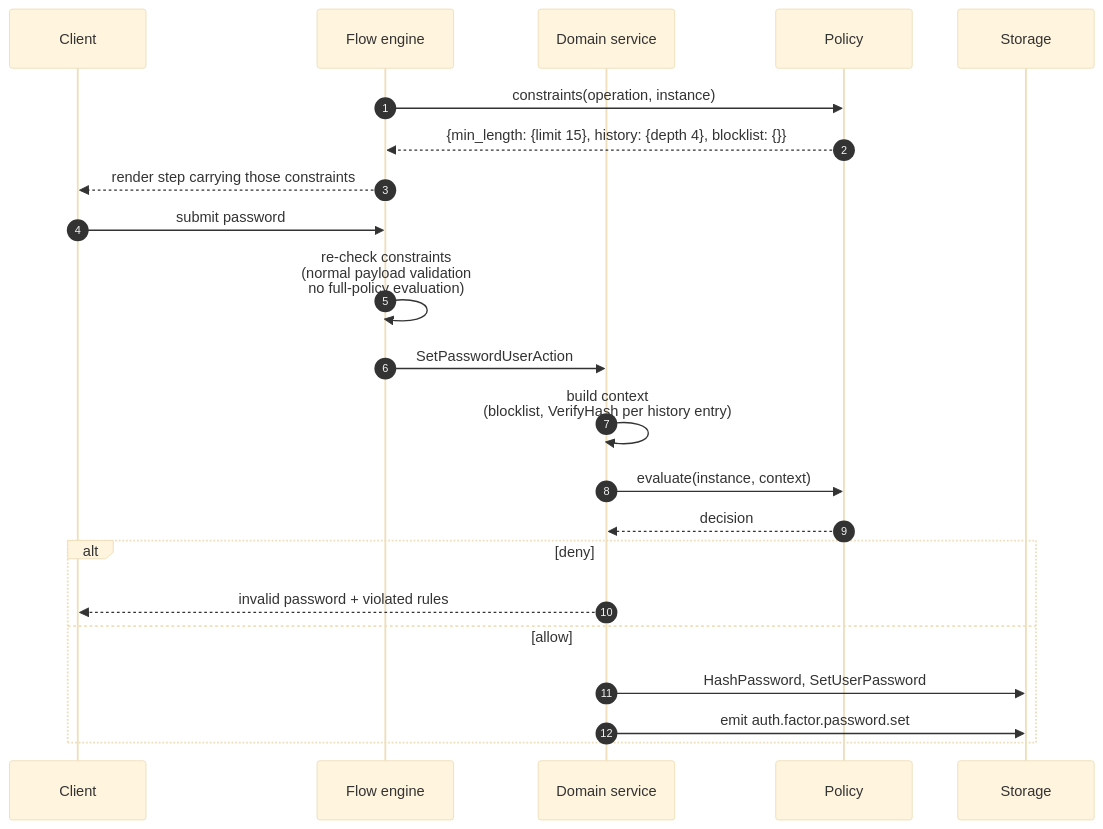
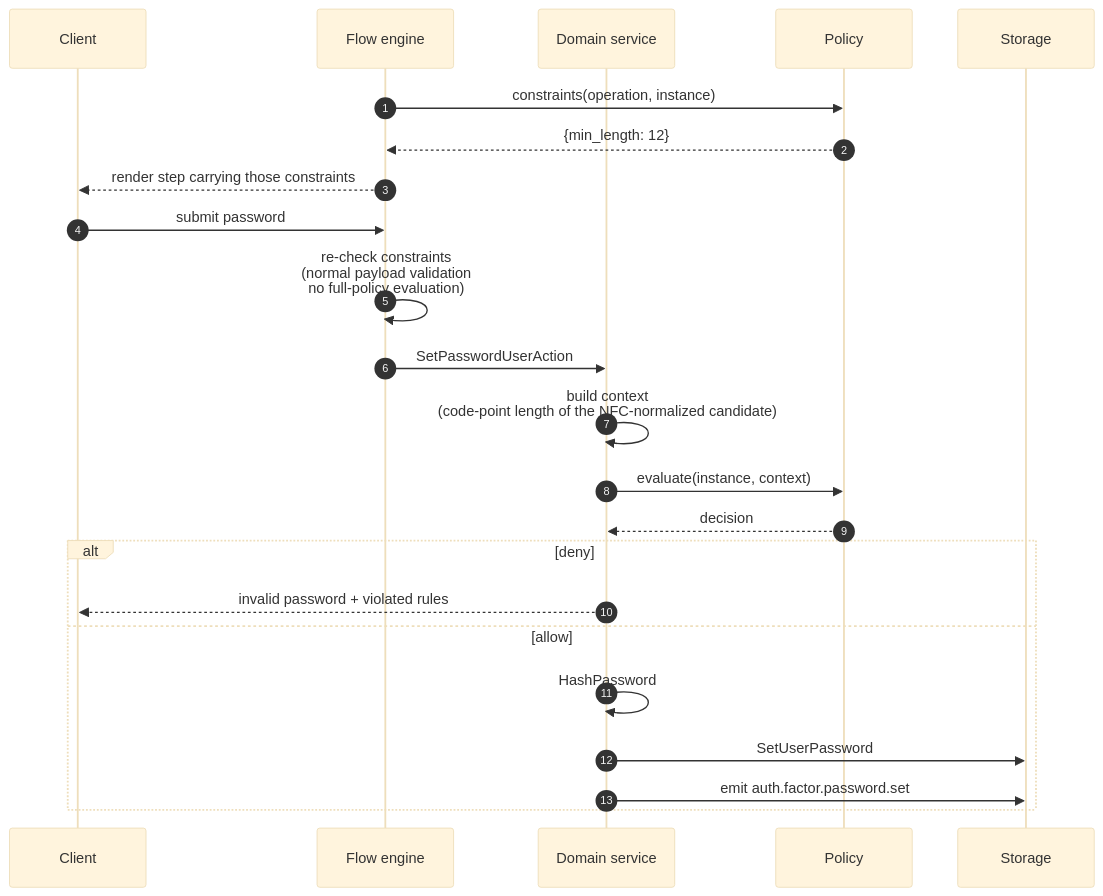
Before and after one commit to zitadel/nextgen: the diagram in docs/adrs/066-operation-policies.md, drawn with Mermaid (base theme). The commit also changed other lines of this file and 23 other files, not shown here.

````diff
--- a/docs/adrs/066-operation-policies.md
+++ b/docs/adrs/066-operation-policies.md
@@ -265,25 +376,26 @@
 ```mermaid
 sequenceDiagram
     autonumber
     participant C as Client
     participant F as Flow engine
     participant S as Domain service
     participant P as Policy
     participant DB as Storage
 
     F->>P: constraints(operation, instance)
-    P-->>F: {min_length: {limit 15}, history: {depth 4}, blocklist: {}}
+    P-->>F: {min_length: 12}
     F-->>C: render step carrying those constraints
     C->>F: submit password
     F->>F: re-check constraints<br>(normal payload validation<br>no full-policy evaluation)
     F->>S: SetPasswordUserAction
-    S->>S: build context<br>(blocklist, VerifyHash per history entry)
+    S->>S: build context<br>(code-point length of the NFC-normalized candidate)
     S->>P: evaluate(instance, context)
     P-->>S: decision
     alt deny
         S-->>C: invalid password + violated rules
     else allow
-        S->>DB: HashPassword, SetUserPassword
+        S->>S: HashPassword
+        S->>DB: SetUserPassword
         S->>DB: emit auth.factor.password.set
     end
 ```
````
